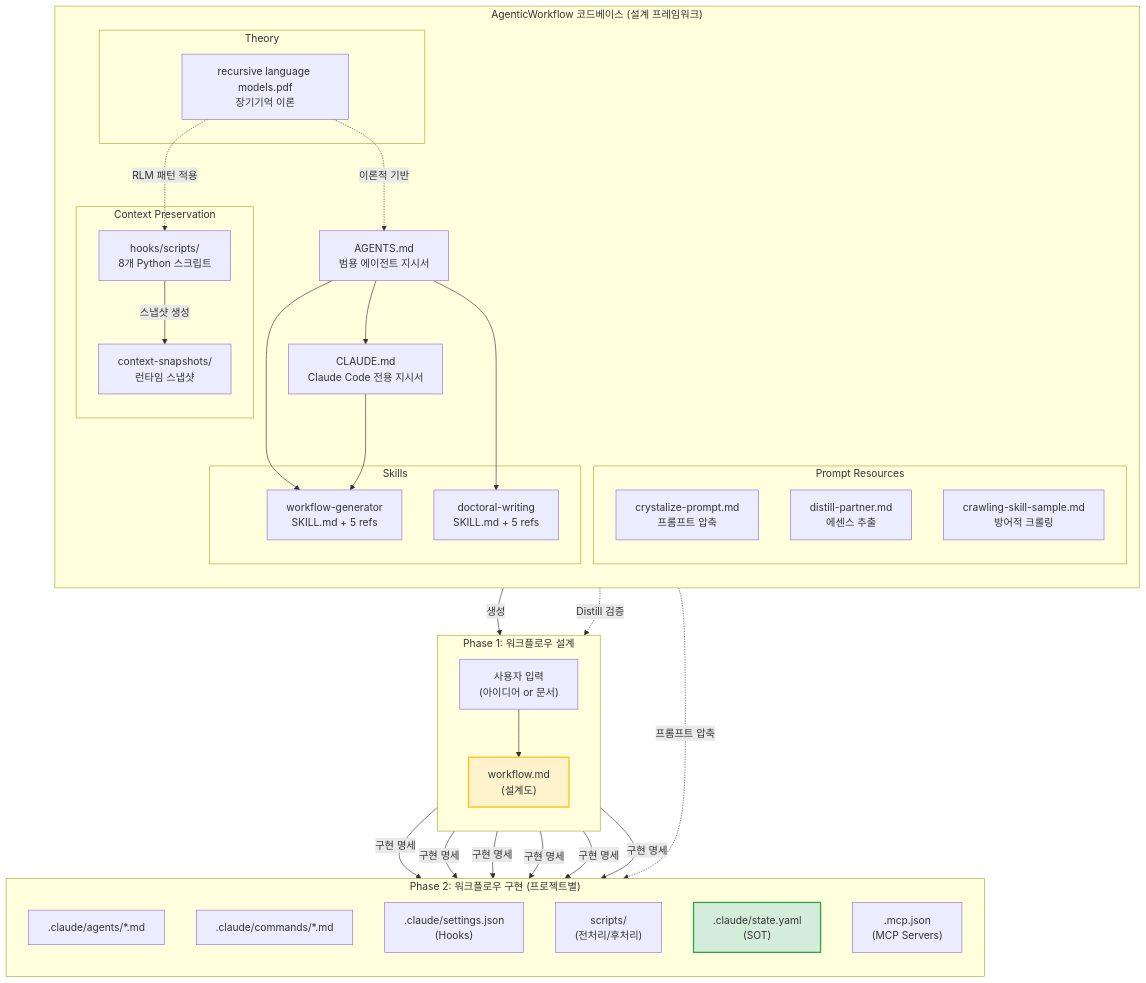
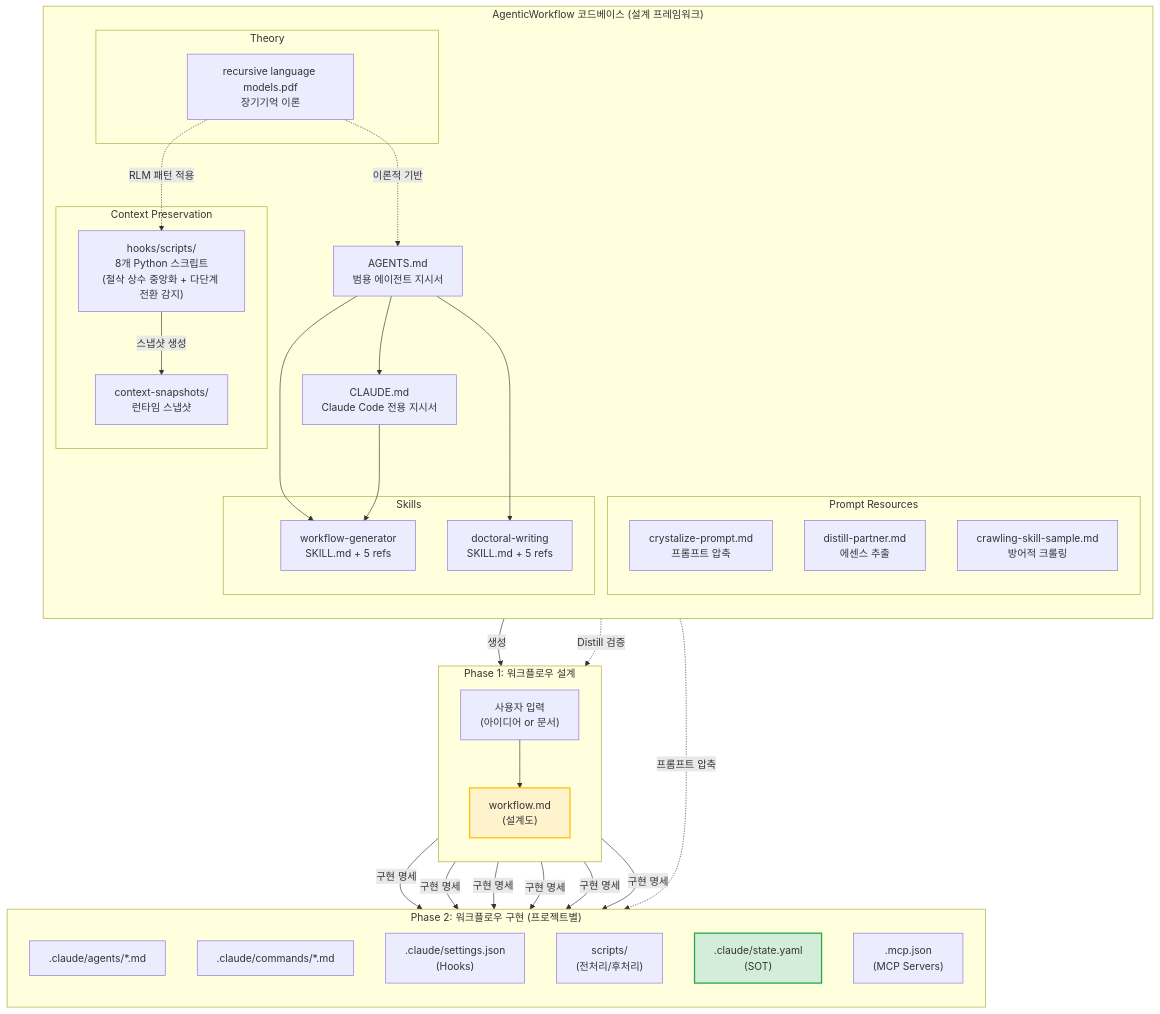
One commit to oogisoogi/AgenticWorkflow changed the second of 13 diagrams in AGENTICWORKFLOW-ARCHITECTURE-AND-PHILOSOPHY.md. Above: the diagram before and after it, drawn with Mermaid. The commit also changed other lines of this file and 5 other files, not shown here.

````diff
--- a/AGENTICWORKFLOW-ARCHITECTURE-AND-PHILOSOPHY.md
+++ b/AGENTICWORKFLOW-ARCHITECTURE-AND-PHILOSOPHY.md
@@ -189,66 +190,66 @@
 ```mermaid
 graph TB
     subgraph "AgenticWorkflow 코드베이스 (설계 프레임워크)"
         direction TB
         CLAUDE["CLAUDE.md<br/>Claude Code 전용 지시서"]
         AGENTS["AGENTS.md<br/>범용 에이전트 지시서"]
 
         subgraph "Skills"
             WG["workflow-generator<br/>SKILL.md + 5 refs"]
             DW["doctoral-writing<br/>SKILL.md + 5 refs"]
         end
 
         subgraph "Context Preservation"
-            CPS["hooks/scripts/<br/>8개 Python 스크립트"]
+            CPS["hooks/scripts/<br/>8개 Python 스크립트<br/>(절삭 상수 중앙화 + 다단계 전환 감지)"]
             CSS["context-snapshots/<br/>런타임 스냅샷"]
         end
 
         subgraph "Prompt Resources"
             CP["crystalize-prompt.md<br/>프롬프트 압축"]
             DP["distill-partner.md<br/>에센스 추출"]
             CS["crawling-skill-sample.md<br/>방어적 크롤링"]
         end
 
         subgraph "Theory"
             RLM["recursive language models.pdf<br/>장기기억 이론"]
         end
 
         AGENTS --> CLAUDE
         AGENTS --> WG
         AGENTS --> DW
         CLAUDE --> WG
         RLM -.->|"이론적 기반"| AGENTS
         RLM -.->|"RLM 패턴 적용"| CPS
         CPS -->|"스냅샷 생성"| CSS
     end
 
     subgraph "Phase 1: 워크플로우 설계"
         direction TB
         USER_INPUT["사용자 입력<br/>(아이디어 or 문서)"]
         WF["workflow.md<br/>(설계도)"]
         USER_INPUT --> WF
     end
 
     subgraph "Phase 2: 워크플로우 구현 (프로젝트별)"
         direction TB
         AG[".claude/agents/*.md"]
         CMD[".claude/commands/*.md"]
         HK[".claude/settings.json<br/>(Hooks)"]
         SC["scripts/<br/>(전처리/후처리)"]
         SOT[".claude/state.yaml<br/>(SOT)"]
         MCP[".mcp.json<br/>(MCP Servers)"]
     end
 
     WG -->|"생성"| WF
     DP -.->|"Distill 검증"| WF
     CP -.->|"프롬프트 압축"| AG
     WF -->|"구현 명세"| AG
     WF -->|"구현 명세"| CMD
     WF -->|"구현 명세"| HK
     WF -->|"구현 명세"| SC
     WF -->|"구현 명세"| SOT
     WF -->|"구현 명세"| MCP
 
     style WF fill:#fff3cd,stroke:#ffc107,stroke-width:2px
     style SOT fill:#d4edda,stroke:#28a745,stroke-width:2px
 ```
````
